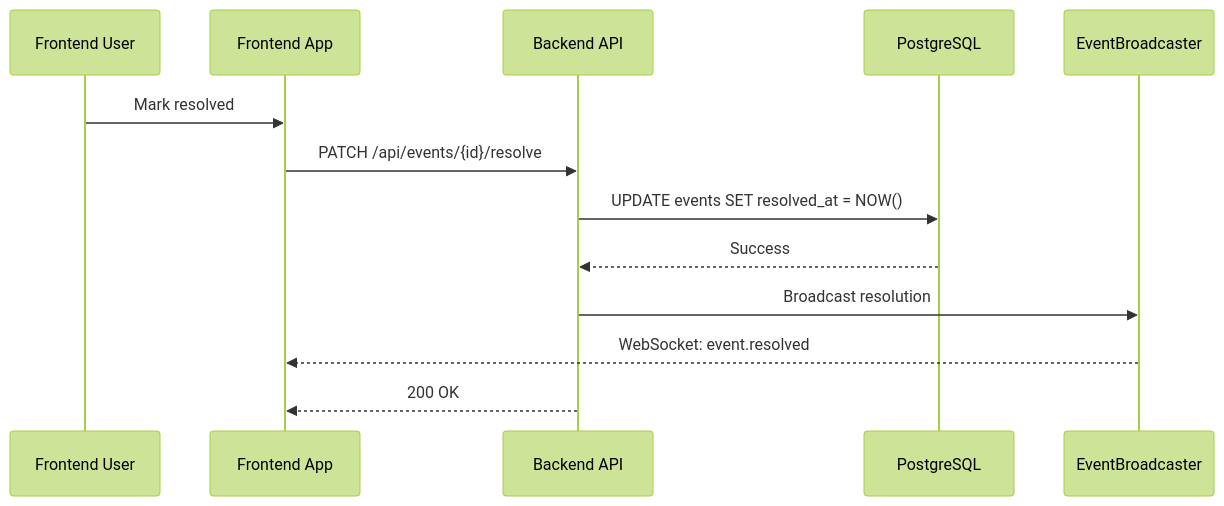
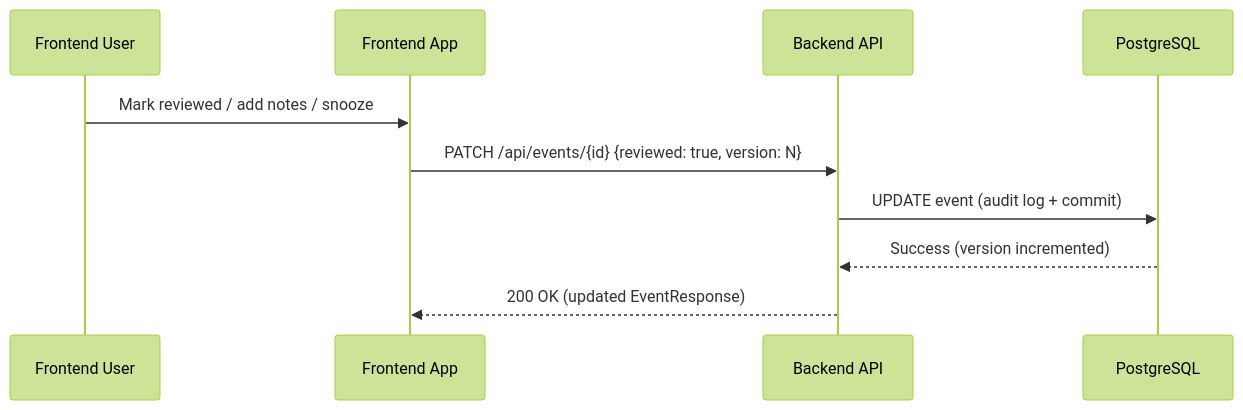
The third of 4 diagrams in docs/architecture/dataflows/event-lifecycle.md (mikesvoboda/nemotron-v3-home-security-intelligence), drawn with Mermaid (forest theme) before and after one commit. The commit also changed other lines of this file and 313 other files, not shown here.

````diff
--- a/docs/architecture/dataflows/event-lifecycle.md
+++ b/docs/architecture/dataflows/event-lifecycle.md
@@ -217,16 +206,13 @@
 ```mermaid
 sequenceDiagram
     participant User as Frontend User
     participant FE as Frontend App
     participant API as Backend API
     participant DB as PostgreSQL
-    participant EB as EventBroadcaster
 
-    User->>FE: Mark resolved
-    FE->>API: PATCH /api/events/{id}/resolve
-    API->>DB: UPDATE events SET resolved_at = NOW()
-    DB-->>API: Success
-    API->>EB: Broadcast resolution
-    EB-->>FE: WebSocket: event.resolved
-    API-->>FE: 200 OK
+    User->>FE: Mark reviewed / add notes / snooze
+    FE->>API: PATCH /api/events/{id} {reviewed: true, version: N}
+    API->>DB: UPDATE event (audit log + commit)
+    DB-->>API: Success (version incremented)
+    API-->>FE: 200 OK (updated EventResponse)
 ```
````
